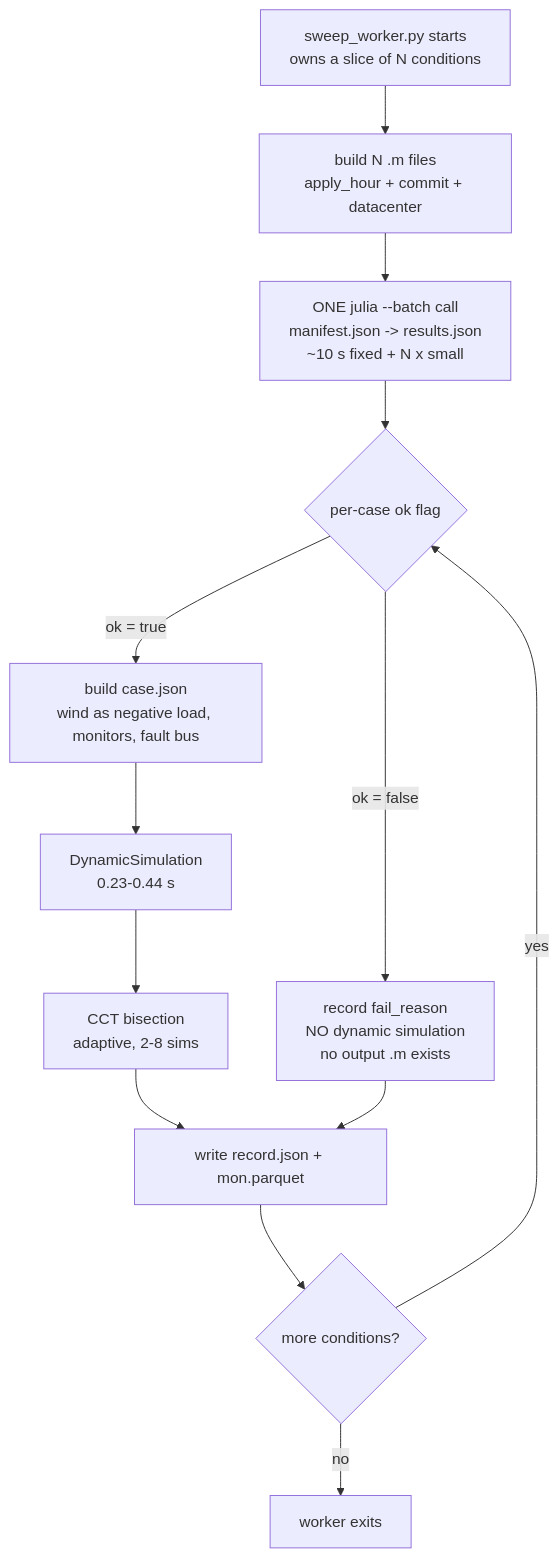
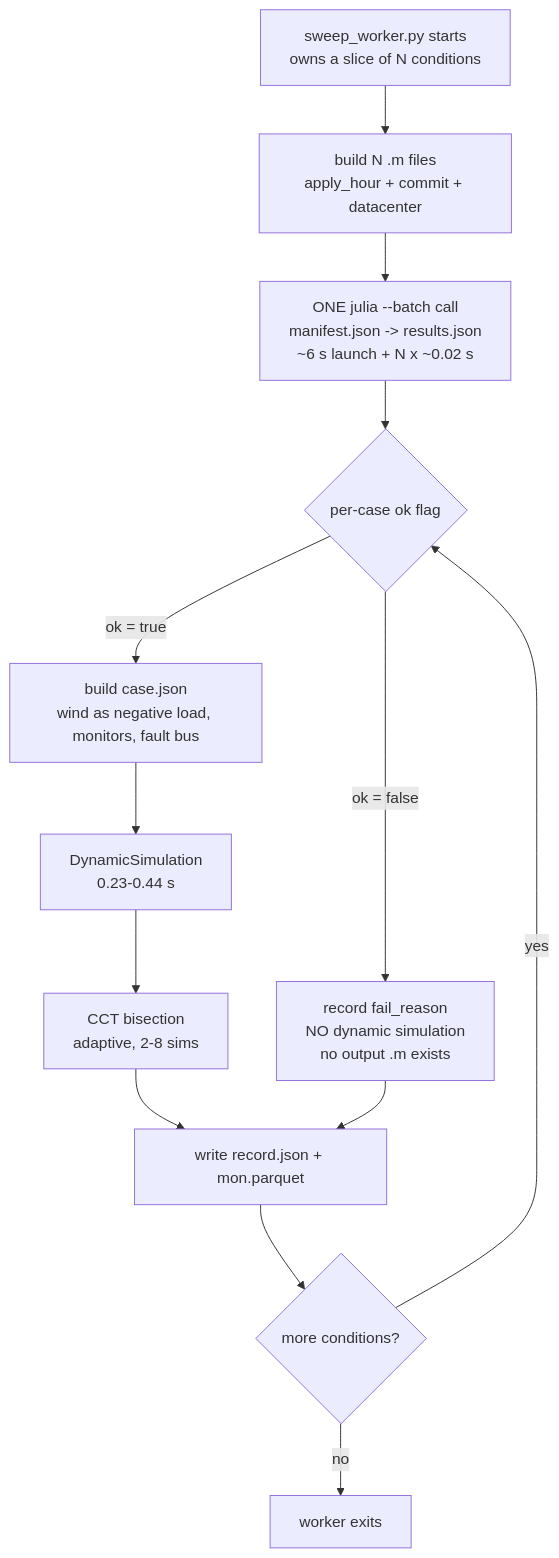
The first of 2 diagrams in uq-usecase/work-notes/datacenter_load_uq_plan.md (ORNL/GridKit), drawn with Mermaid before and after one commit. The commit also changed other lines of this file and 51 other files, not shown here.

````diff
--- a/uq-usecase/work-notes/datacenter_load_uq_plan.md
+++ b/uq-usecase/work-notes/datacenter_load_uq_plan.md
@@ -1783,15 +1943,15 @@
 ```mermaid
 flowchart TD
     A[sweep_worker.py starts<br/>owns a slice of N conditions] --> B[build N .m files<br/>apply_hour + commit + datacenter]
-    B --> C["ONE julia --batch call<br/>manifest.json -> results.json<br/>~10 s fixed + N x small"]
+    B --> C["ONE julia --batch call<br/>manifest.json -> results.json<br/>~6 s launch + N x ~0.02 s"]
     C --> D{"per-case ok flag"}
     D -->|ok = false| E["record fail_reason<br/>NO dynamic simulation<br/>no output .m exists"]
     D -->|ok = true| F[build case.json<br/>wind as negative load, monitors, fault bus]
     F --> G["DynamicSimulation<br/>0.23-0.44 s"]
     G --> H["CCT bisection<br/>adaptive, 2-8 sims"]
     H --> I[write record.json + mon.parquet]
     E --> I
     I --> J{more conditions?}
     J -->|yes| D
     J -->|no| K[worker exits]
 ```
````
